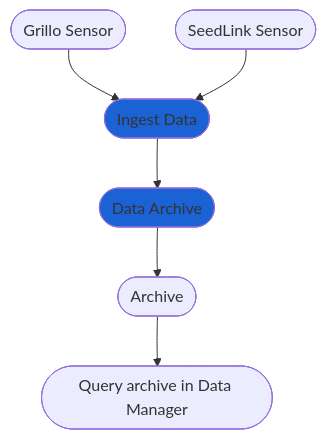
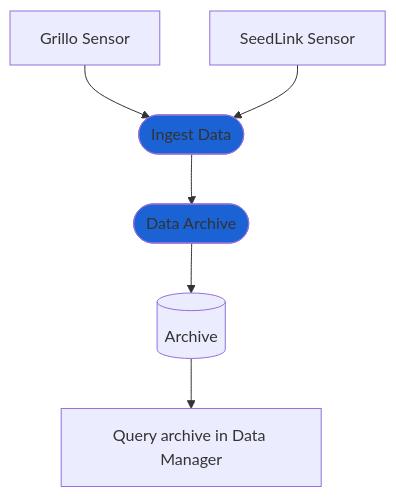
The diagram in docs/how-to/archive_data.md (grillo/grillo-docs), drawn with Mermaid before and after one commit. The commit also changed 57 other files, not shown here.

````diff
--- a/docs/how-to/archive_data.md
+++ b/docs/how-to/archive_data.md
@@ -9,6 +9,6 @@
 ```mermaid
 flowchart TB
-   A([Grillo Sensor]) & B([SeedLink Sensor]) --> C([Ingest Data]) --> D([Data Archive]) --> E([Archive]) --> F([Query archive in Data Manager])
+   A[Grillo Sensor] & B[SeedLink Sensor] --> C([Ingest Data]) --> D([Data Archive]) --> E[(Archive)] --> F[Query archive in Data Manager]
    style C fill:#1b62d4
    style D fill:#1b62d4
 ```
````
